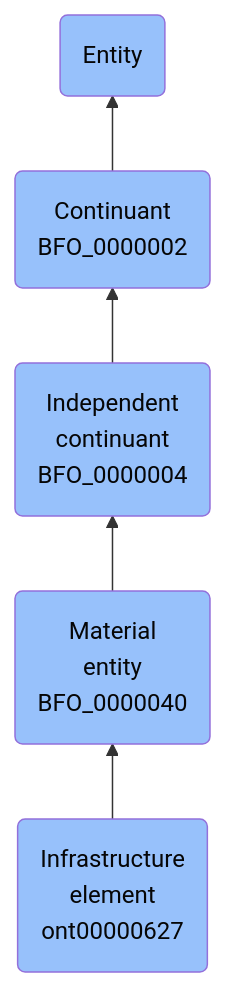
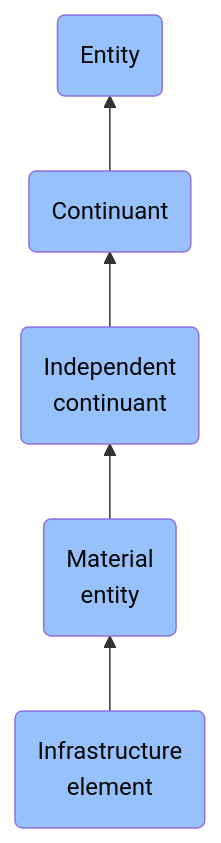
The diagram in docs/ontology/reference/model/Entity/Continuant/Independent continuant/Material entity/Infrastructure element/Infrastructure element.md (jupyter-naas/abi), drawn with Mermaid before and after one commit. The commit also changed other lines of this file and 1430 other files, not shown here.

````diff
--- a/docs/ontology/reference/model/Entity/Continuant/Independent continuant/Material entity/Infrastructure element/Infrastructure element.md
+++ b/docs/ontology/reference/model/Entity/Continuant/Independent continuant/Material entity/Infrastructure element/Infrastructure element.md
@@ -24,12 +24,12 @@
 ```mermaid
 graph BT
-    ont00000627(Infrastructure<br>element<br>ont00000627):::BFO-->BFO_0000040
-    BFO_0000040(Material<br>entity<br>BFO_0000040):::BFO-->BFO_0000004
-    BFO_0000004(Independent<br>continuant<br>BFO_0000004):::BFO-->BFO_0000002
-    BFO_0000002(Continuant<br>BFO_0000002):::BFO-->BFO_0000001
+    ont00000627(Infrastructure<br>element):::BFO-->BFO_0000040
+    BFO_0000040(Material<br>entity):::BFO-->BFO_0000004
+    BFO_0000004(Independent<br>continuant):::BFO-->BFO_0000002
+    BFO_0000002(Continuant):::BFO-->BFO_0000001
     BFO_0000001(Entity):::BFO
     
     classDef BFO fill:#97c1fb,color:#060606
     classDef CCO fill:#e4c51e,color:#060606
     classDef ABI fill:#48DD82,color:#060606
 ```
````
